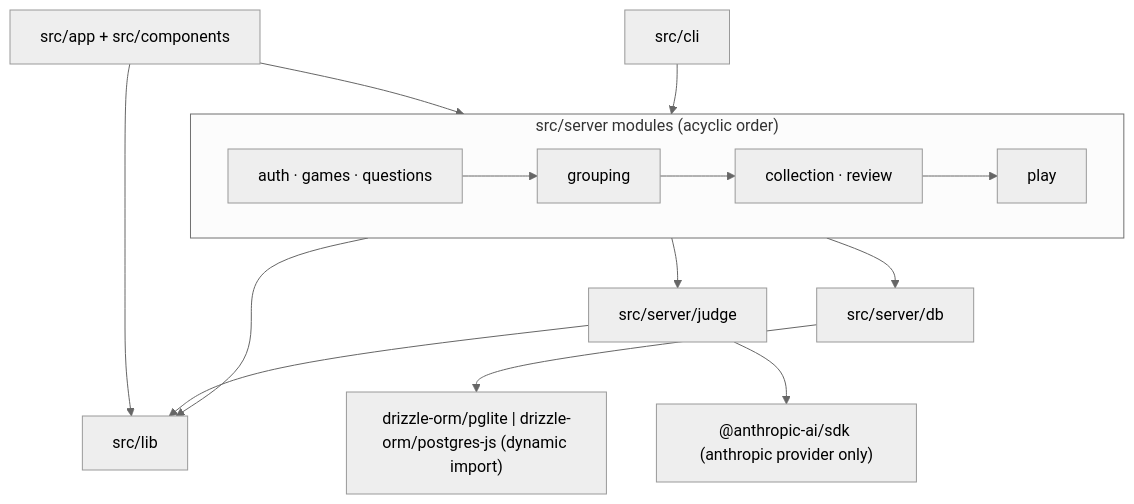
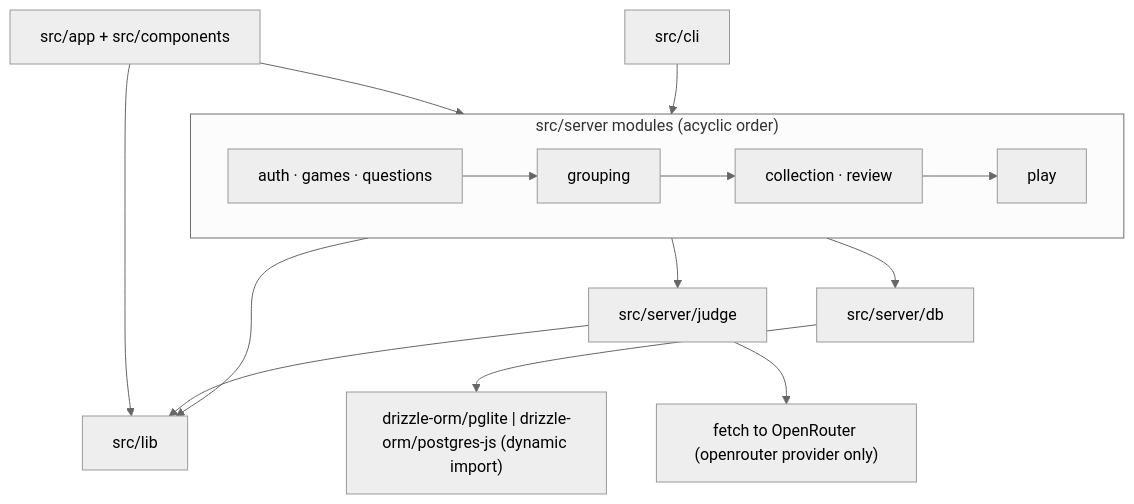
One commit to IBE160-2026/G101-alfnes-sarjomaa changed the first of 4 diagrams in .docs/planning-artifacts/architecture/architecture-Toppsvar-2026-11-21/ARCHITECTURE-SPINE.md. Above: the diagram before and after it, drawn with Mermaid (neutral theme). The commit also changed other lines of this file and 3 other files, not shown here.

First line of the commit message:
Fase 3: dommeren bruker OpenRouter med DeepSeek V4.1 Flash

````diff
--- a/.docs/planning-artifacts/architecture/architecture-Toppsvar-2026-11-21/ARCHITECTURE-SPINE.md
+++ b/.docs/planning-artifacts/architecture/architecture-Toppsvar-2026-11-21/ARCHITECTURE-SPINE.md
@@ -39,16 +39,16 @@
 ```mermaid
 flowchart TD
   UI["src/app + src/components"] --> MOD
   CLI["src/cli"] --> MOD
   subgraph MOD["src/server modules (acyclic order)"]
     direction LR
     BASE["auth · games · questions"] --> GRP["grouping"] --> MID["collection · review"] --> PLAY["play"]
   end
   MOD --> DB["src/server/db"]
   MOD --> JUDGE["src/server/judge"]
   UI --> LIB["src/lib"]
   MOD --> LIB
   JUDGE --> LIB
-  JUDGE --> SDK["@anthropic-ai/sdk (anthropic provider only)"]
+  JUDGE --> SDK["fetch to OpenRouter (openrouter provider only)"]
   DB --> DRV["drizzle-orm/pglite | drizzle-orm/postgres-js (dynamic import)"]
 ```
````
